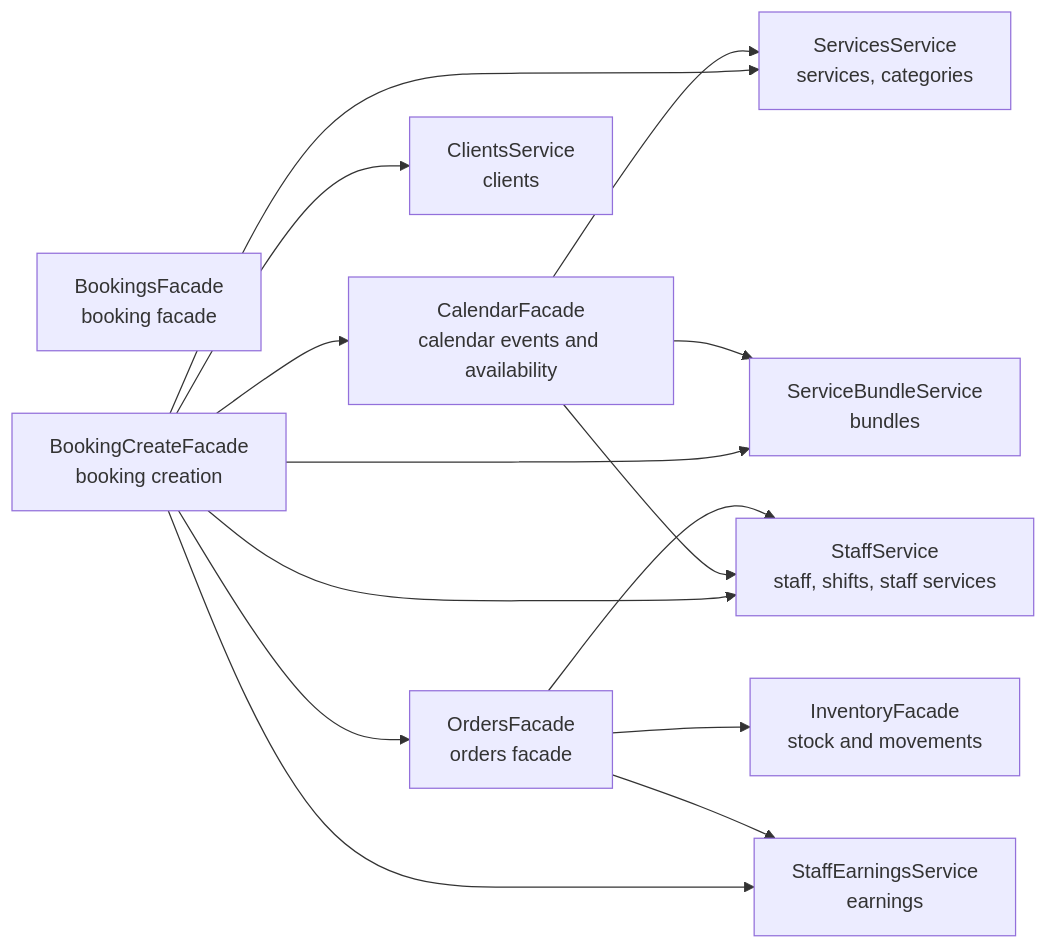
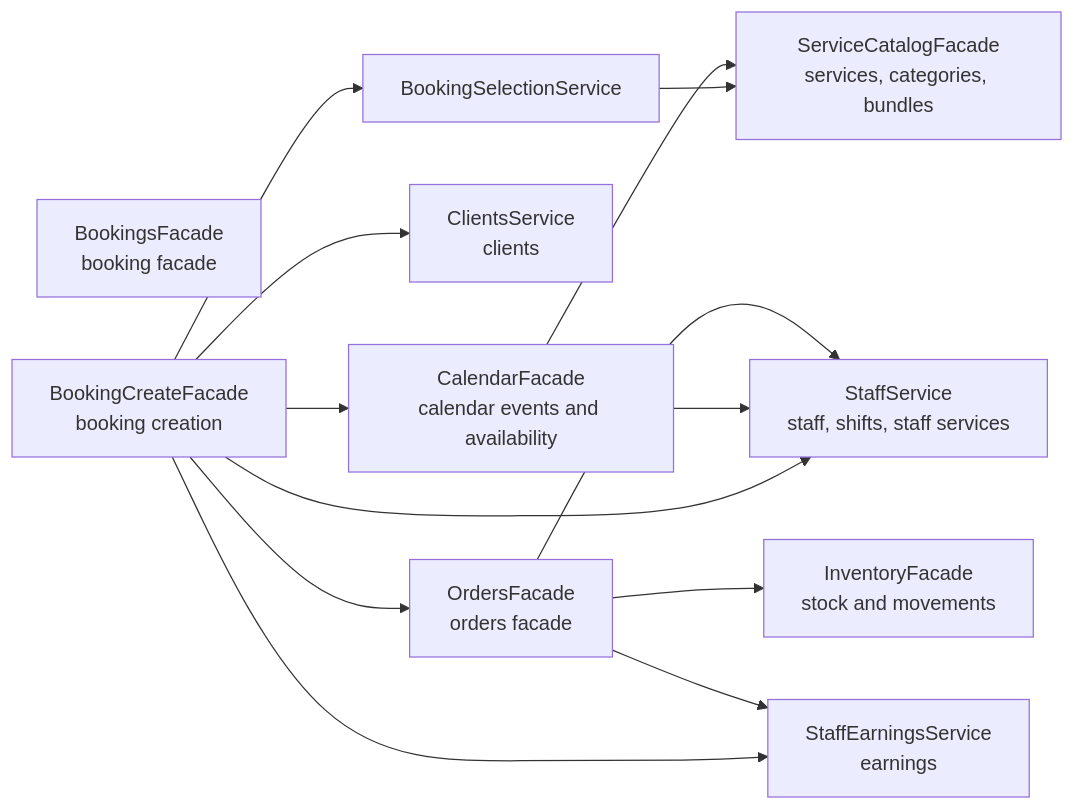
One commit to pavelnagorsky/crm-core changed the diagram in docs/architecture/domain-ownership.md. Above: the diagram before and after it, drawn with Mermaid. The commit also changed other lines of this file and 111 other files, not shown here.

Commit message:
refactor/service-catalog-modules

````diff
--- a/docs/architecture/domain-ownership.md
+++ b/docs/architecture/domain-ownership.md
@@ -46,29 +47,27 @@
 ```mermaid
 flowchart LR
   StaffService[StaffService\nstaff, shifts, staff services]
-  ServicesService[ServicesService\nservices, categories]
-  ServiceBundleService[ServiceBundleService\nbundles]
+  ServiceCatalogFacade[ServiceCatalogFacade\nservices, categories, bundles]
   CalendarFacade[CalendarFacade\ncalendar events and availability]
   ClientsService[ClientsService\nclients]
   BookingsFacade[BookingsFacade\nbooking facade]
   BookingCreateFacade[BookingCreateFacade\nbooking creation]
   OrdersFacade[OrdersFacade\norders facade]
   InventoryFacade[InventoryFacade\nstock and movements]
   StaffEarningsService[StaffEarningsService\nearnings]
 
   BookingCreateFacade --> CalendarFacade
   BookingCreateFacade --> ClientsService
   BookingCreateFacade --> StaffService
-  BookingCreateFacade --> ServicesService
-  BookingCreateFacade --> ServiceBundleService
+  BookingCreateFacade --> BookingSelectionService
+  BookingSelectionService --> ServiceCatalogFacade
   BookingCreateFacade --> OrdersFacade
   BookingCreateFacade --> StaffEarningsService
 
   CalendarFacade --> StaffService
-  CalendarFacade --> ServicesService
-  CalendarFacade --> ServiceBundleService
+  CalendarFacade --> ServiceCatalogFacade
 
   OrdersFacade --> InventoryFacade
   OrdersFacade --> StaffEarningsService
   OrdersFacade --> StaffService
 ```
````
